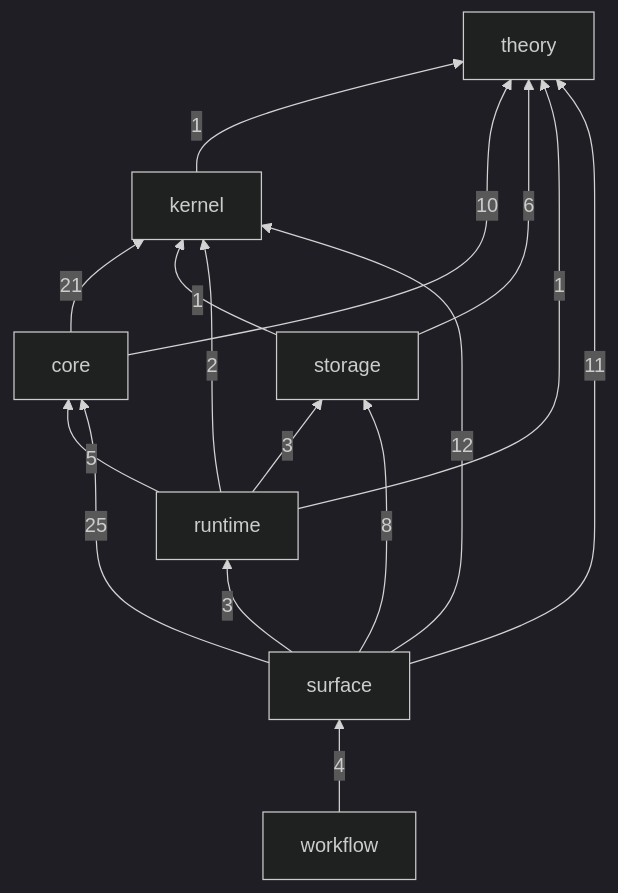
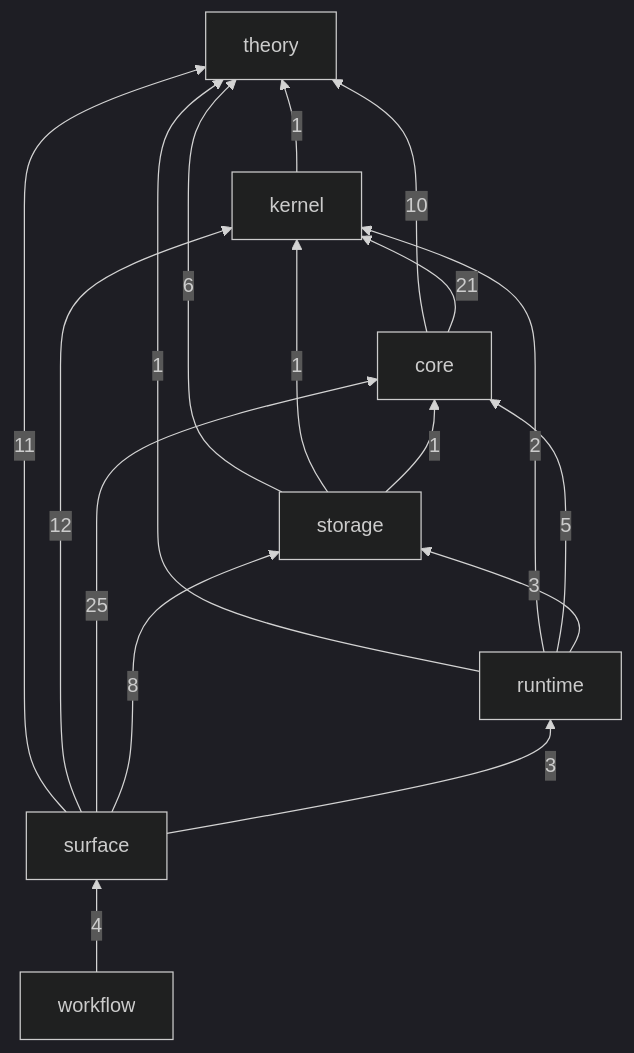
One commit to gandr-lang/gandr changed the first of 2 diagrams in crates/README.md. Above: the diagram before and after it, drawn with Mermaid (dark theme). The commit also changed other lines of this file and 18 other files, not shown here.

````diff
--- a/crates/README.md
+++ b/crates/README.md
@@ -28,25 +28,26 @@
 ```mermaid
 flowchart BT
   theory
   kernel
   core
   storage
   runtime
   surface
   workflow
   kernel -->|1| theory
   core -->|10| theory
   core -->|21| kernel
   storage -->|6| theory
   storage -->|1| kernel
+  storage -->|1| core
   runtime -->|1| theory
   runtime -->|2| kernel
   runtime -->|5| core
   runtime -->|3| storage
   surface -->|11| theory
   surface -->|12| kernel
   surface -->|25| core
   surface -->|8| storage
   surface -->|3| runtime
   workflow -->|4| surface
 ```
````
